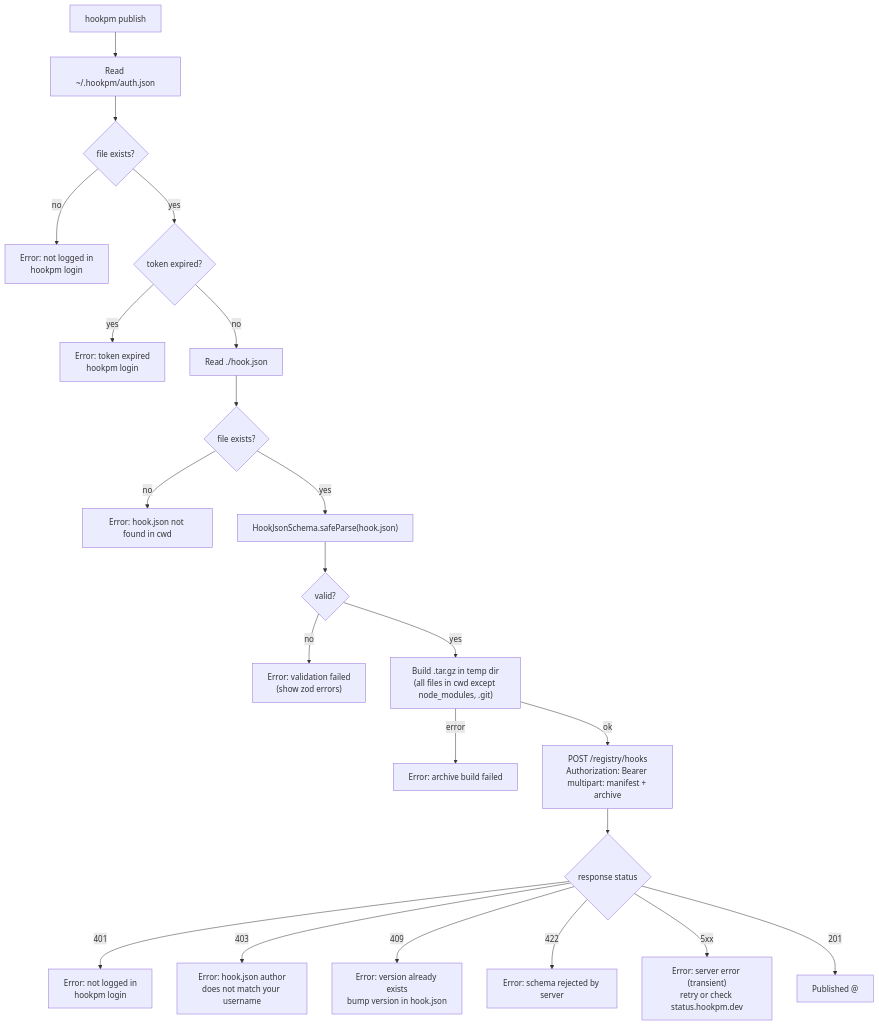
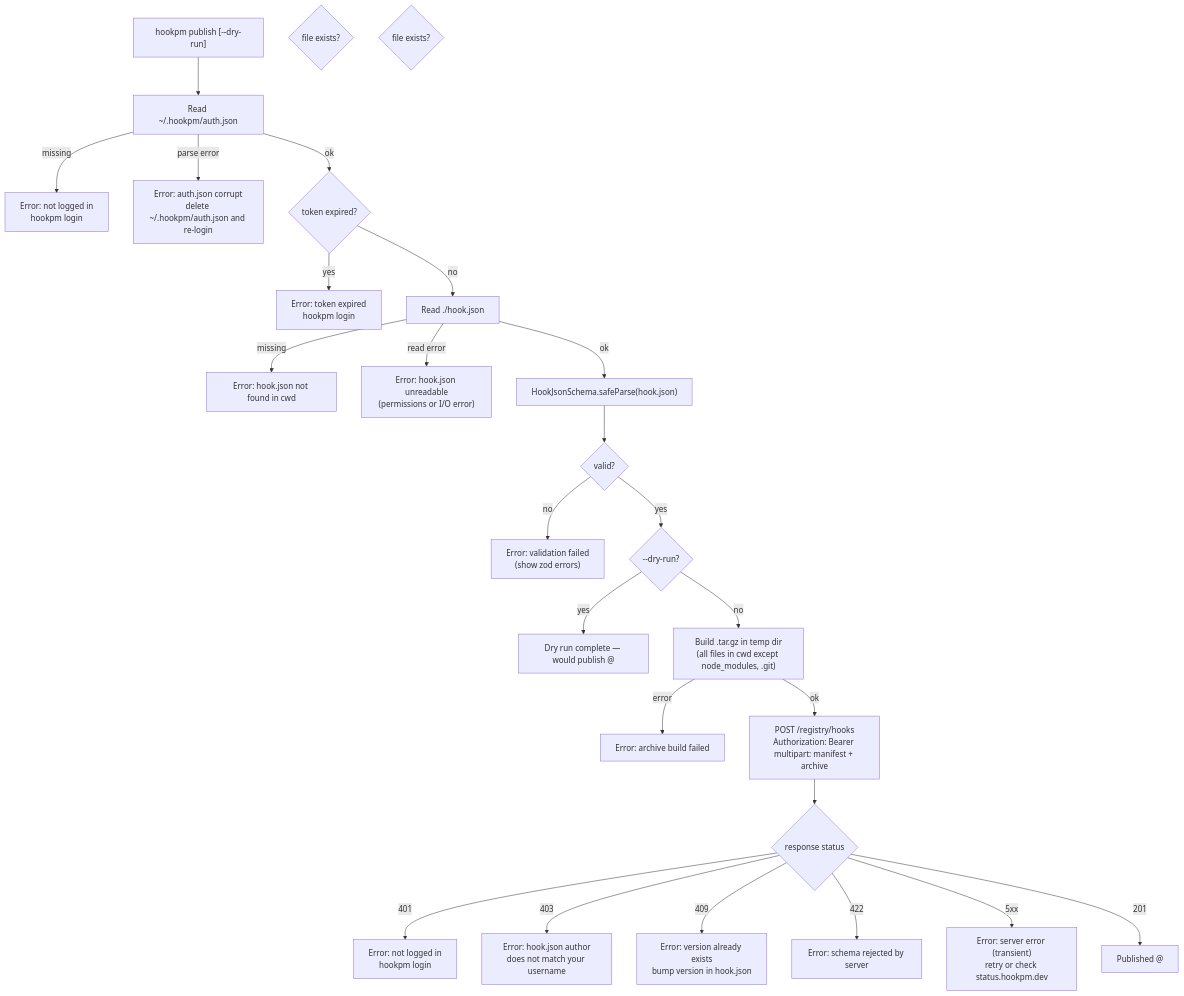
The second of 2 diagrams in docs/design/2026-03-11-login-publish.md (nafistiham/hook-marketplace), drawn with Mermaid before and after one commit. The commit also changed other lines of this file, not shown here.

Commit message:
docs(cli): resolve 8 design review warnings in login-publish design doc

````diff
--- a/docs/design/2026-03-11-login-publish.md
+++ b/docs/design/2026-03-11-login-publish.md
@@ -85,47 +87,53 @@
 ```mermaid
 flowchart TD
-    Start["hookpm publish"]
+    Start["hookpm publish [--dry-run]"]
     ReadAuth["Read ~/.hookpm/auth.json"]
     AuthMissing{"file exists?"}
     AuthErr["Error: not logged in\nhookpm login"]
+    AuthParseErr["Error: auth.json corrupt\ndelete ~/.hookpm/auth.json and re-login"]
     TokenExpired{"token expired?"}
     ExpiredErr["Error: token expired\nhookpm login"]
     ReadHookJson["Read ./hook.json"]
     HookMissing{"file exists?"}
     HookErr["Error: hook.json not found in cwd"]
+    HookReadErr["Error: hook.json unreadable\n(permissions or I/O error)"]
     ValidateSchema["HookJsonSchema.safeParse(hook.json)"]
     SchemaFail{"valid?"}
     SchemaErr["Error: validation failed\n(show zod errors)"]
+    DryRun{"--dry-run?"}
+    DryRunDone["Dry run complete — would publish <name>@<version>"]
     BuildArchive["Build .tar.gz in temp dir\n(all files in cwd except node_modules, .git)"]
     ArchiveErr["Error: archive build failed"]
     PostAPI["POST /registry/hooks\nAuthorization: Bearer <token>\nmultipart: manifest + archive"]
     APIResp{"response status"}
     API401["Error: not logged in\nhookpm login"]
     API403["Error: hook.json author\ndoes not match your username"]
     API409["Error: version already exists\nbump version in hook.json"]
     API422["Error: schema rejected by server"]
     API5xx["Error: server error (transient)\nretry or check status.hookpm.dev"]
     Done["Published <name>@<version>"]
 
     Start --> ReadAuth
-    ReadAuth --> AuthMissing
-    AuthMissing -->|no| AuthErr
-    AuthMissing -->|yes| TokenExpired
+    ReadAuth -->|missing| AuthErr
+    ReadAuth -->|parse error| AuthParseErr
+    ReadAuth -->|ok| TokenExpired
     TokenExpired -->|yes| ExpiredErr
     TokenExpired -->|no| ReadHookJson
-    ReadHookJson --> HookMissing
-    HookMissing -->|no| HookErr
-    HookMissing -->|yes| ValidateSchema
+    ReadHookJson -->|missing| HookErr
+    ReadHookJson -->|read error| HookReadErr
+    ReadHookJson -->|ok| ValidateSchema
     ValidateSchema --> SchemaFail
     SchemaFail -->|no| SchemaErr
-    SchemaFail -->|yes| BuildArchive
+    SchemaFail -->|yes| DryRun
+    DryRun -->|yes| DryRunDone
+    DryRun -->|no| BuildArchive
     BuildArchive -->|error| ArchiveErr
     BuildArchive -->|ok| PostAPI
     PostAPI --> APIResp
     APIResp -->|401| API401
     APIResp -->|403| API403
     APIResp -->|409| API409
     APIResp -->|422| API422
     APIResp -->|5xx| API5xx
     APIResp -->|201| Done
 ```
````
